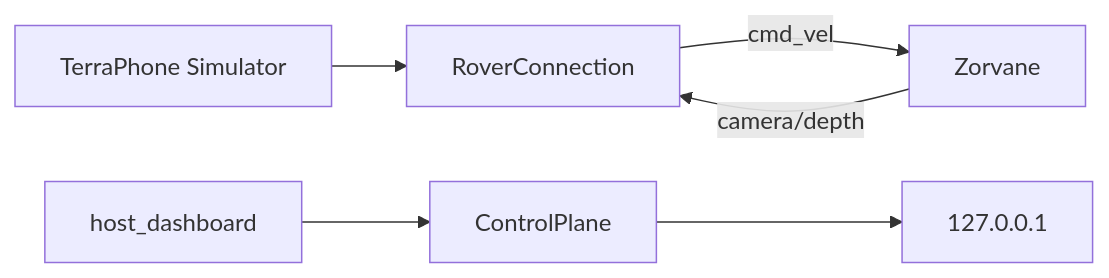
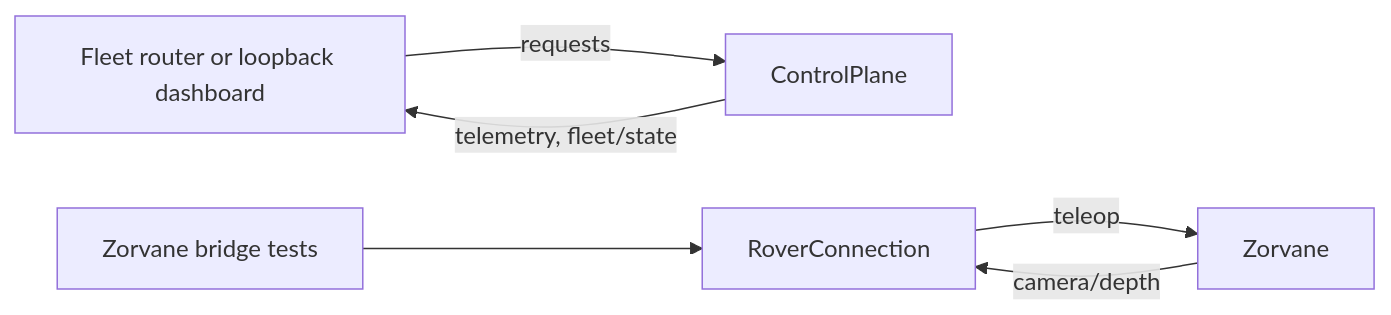
The diagram in docs/crates/terra-transport.md (Super-Yojan/Terra), drawn with Mermaid before and after one commit. The commit also changed other lines of this file and 7 other files, not shown here.

````diff
--- a/docs/crates/terra-transport.md
+++ b/docs/crates/terra-transport.md
@@ -9,8 +9,8 @@
 ```mermaid
 flowchart LR
-  UI[TerraPhone Simulator] --> Client[RoverConnection]
-  Client -->|cmd_vel| Z[Zorvane]
+  Router[Fleet router or loopback dashboard] -->|requests| Plane[ControlPlane]
+  Plane -->|telemetry, fleet/state| Router
+  Sim[Zorvane bridge tests] --> Client[RoverConnection]
+  Client -->|teleop| Z[Zorvane]
   Z -->|camera/depth| Client
-  Dash[host_dashboard] --> Loop[ControlPlane]
-  Loop --> Local[127.0.0.1]
 ```
````
